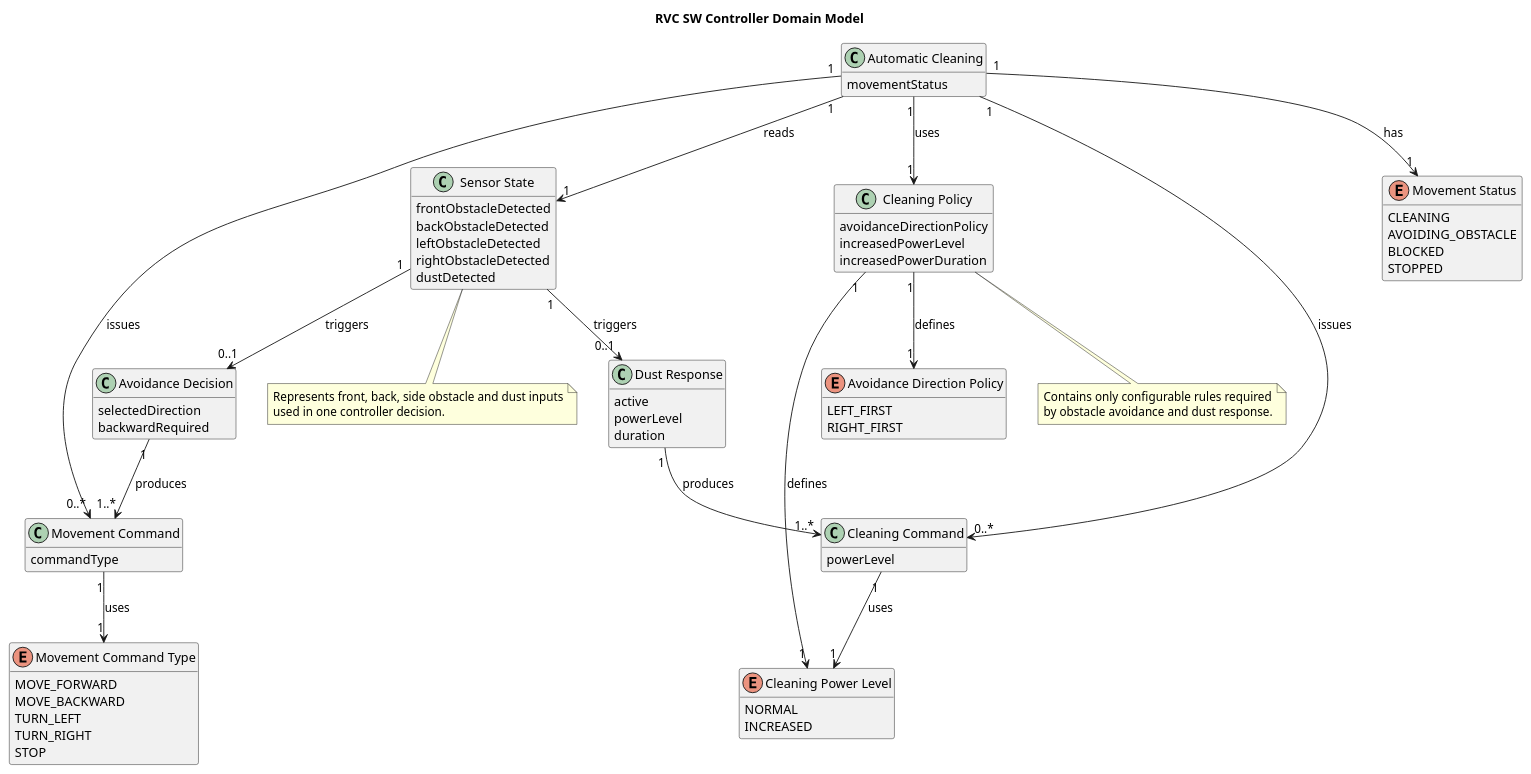
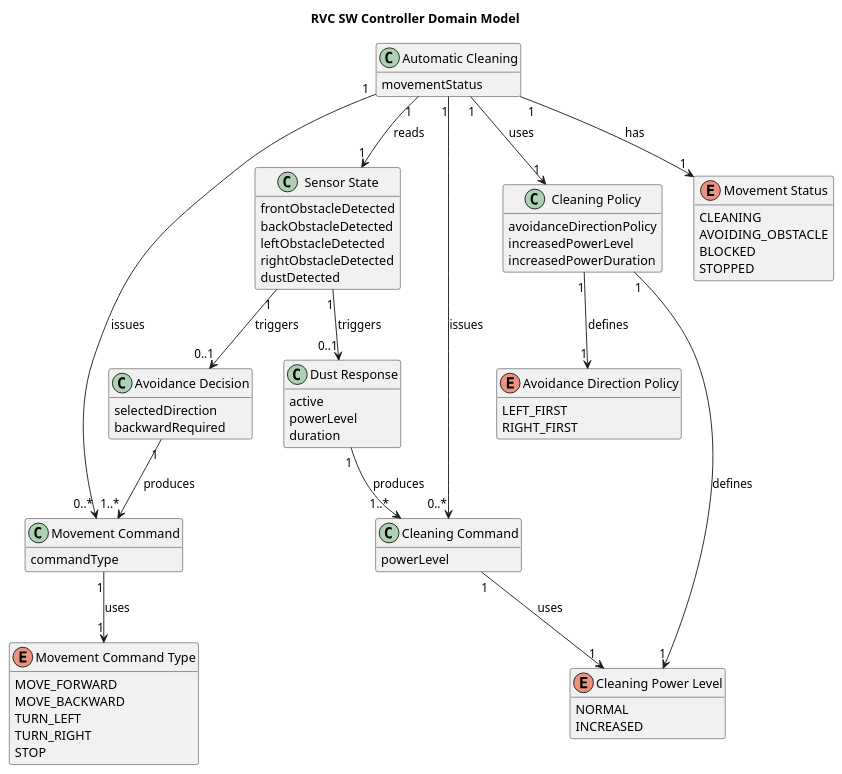
One commit to OOAD-Team3/Robot-Vacuum-Cleaner-AI changed the diagram in docs/domain-model.puml. Above: the diagram before and after it, drawn with PlantUML. The commit also changed 1 other file, not shown here.

Commit message:
docs: 유스케이스 다이어그램 및 도메인 모델 수정

```diff
--- a/docs/domain-model.puml
+++ b/docs/domain-model.puml
@@ -1,97 +1,87 @@
 @startuml RVC_Domain_Model
 title RVC SW Controller Domain Model
 
 skinparam classAttributeIconSize 0
 hide methods
 
 class "Automatic Cleaning" as AutomaticCleaning {
   movementStatus
 }
 
 class "Sensor State" as SensorState {
   frontObstacleDetected
   backObstacleDetected
   leftObstacleDetected
   rightObstacleDetected
   dustDetected
 }
 
 class "Cleaning Policy" as CleaningPolicy {
   avoidanceDirectionPolicy
   increasedPowerLevel
   increasedPowerDuration
 }
 
 class "Avoidance Decision" as AvoidanceDecision {
   selectedDirection
   backwardRequired
 }
 
 class "Dust Response" as DustResponse {
   active
   powerLevel
   duration
 }
 
 class "Movement Command" as MovementCommand {
   commandType
 }
 
 class "Cleaning Command" as CleaningCommand {
   powerLevel
 }
 
 enum "Movement Status" as MovementStatus {
   CLEANING
   AVOIDING_OBSTACLE
   BLOCKED
   STOPPED
 }
 
 enum "Movement Command Type" as MovementCommandType {
   MOVE_FORWARD
   MOVE_BACKWARD
   TURN_LEFT
   TURN_RIGHT
   STOP
 }
 
 enum "Cleaning Power Level" as CleaningPowerLevel {
   NORMAL
   INCREASED
 }
 
 enum "Avoidance Direction Policy" as AvoidanceDirectionPolicy {
   LEFT_FIRST
   RIGHT_FIRST
 }
 
 AutomaticCleaning "1" --> "1" SensorState : reads
 AutomaticCleaning "1" --> "1" CleaningPolicy : uses
 AutomaticCleaning "1" --> "0..*" MovementCommand : issues
 AutomaticCleaning "1" --> "0..*" CleaningCommand : issues
 AutomaticCleaning "1" --> "1" MovementStatus : has
 
 SensorState "1" --> "0..1" AvoidanceDecision : triggers
 SensorState "1" --> "0..1" DustResponse : triggers
 
 CleaningPolicy "1" --> "1" AvoidanceDirectionPolicy : defines
 CleaningPolicy "1" --> "1" CleaningPowerLevel : defines
 
 AvoidanceDecision "1" --> "1..*" MovementCommand : produces
 DustResponse "1" --> "1..*" CleaningCommand : produces
 
 MovementCommand "1" --> "1" MovementCommandType : uses
 CleaningCommand "1" --> "1" CleaningPowerLevel : uses
 
-note bottom of SensorState
-  Represents front, back, side obstacle and dust inputs
-  used in one controller decision.
-end note
-
-note bottom of CleaningPolicy
-  Contains only configurable rules required
-  by obstacle avoidance and dust response.
-end note
-
 @enduml
```
